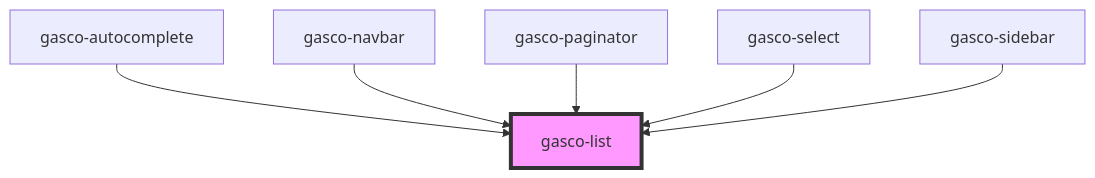
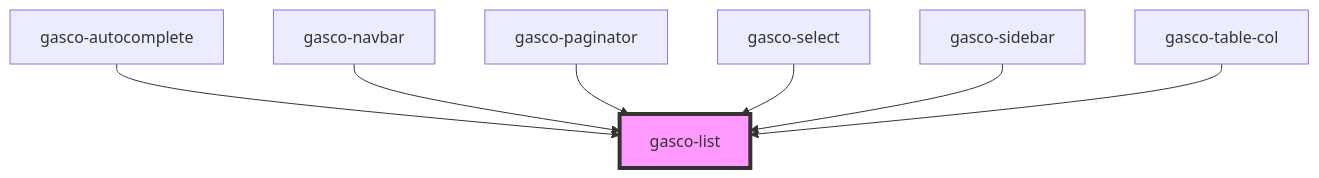
Before and after one commit to lac617a/gasco-core: the diagram in core/src/components/gasco-list/readme.md, drawn with Mermaid. The commit also changed other lines of this file and 4 other files, not shown here.

````diff
--- a/core/src/components/gasco-list/readme.md
+++ b/core/src/components/gasco-list/readme.md
@@ -27,9 +28,10 @@
 ```mermaid
 graph TD;
   gasco-autocomplete --> gasco-list
   gasco-navbar --> gasco-list
   gasco-paginator --> gasco-list
   gasco-select --> gasco-list
   gasco-sidebar --> gasco-list
+  gasco-table-col --> gasco-list
   style gasco-list fill:#f9f,stroke:#333,stroke-width:4px
 ```
````
